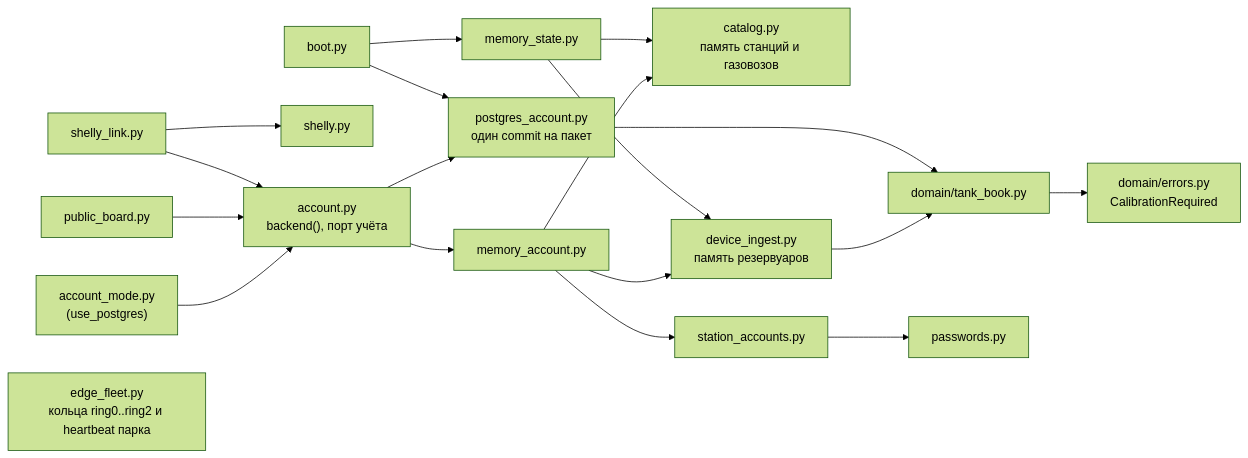
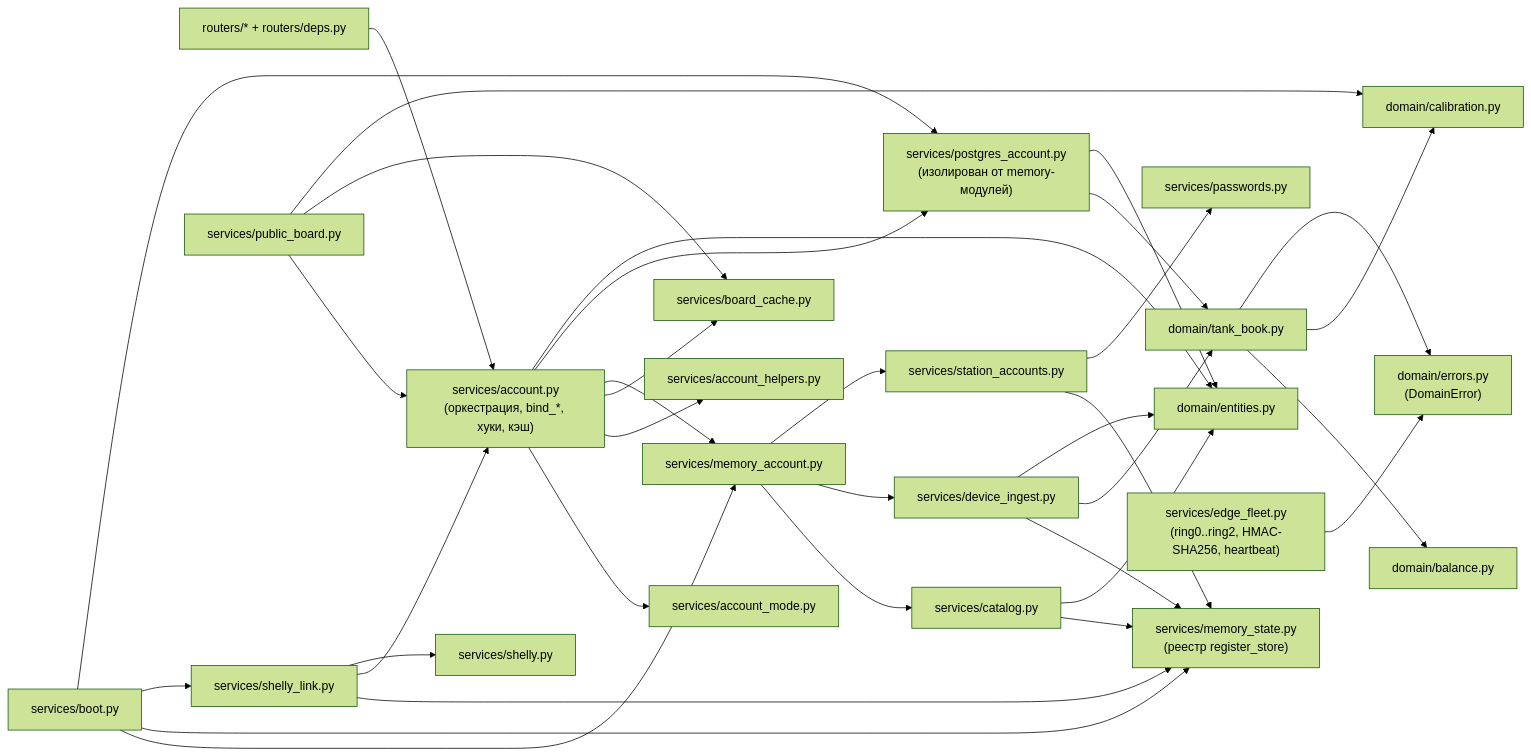
One commit to ed-baer97/day changed the second of 3 diagrams in project_graph_and_audit.md. Above: the diagram before and after it, drawn with Mermaid (forest theme). The commit also changed other lines of this file and 71 other files, not shown here.

Commit message:
feat: initial implementation of backend, frontend, and station edge services

````diff
--- a/project_graph_and_audit.md
+++ b/project_graph_and_audit.md
@@ -76,25 +78,25 @@
 ```mermaid
 flowchart LR
-    account_mode["account_mode.py\n(use_postgres)"] --> account["account.py\nbackend(), порт учёта"]
-    account --> memory_account["memory_account.py"]
-    account --> postgres_account["postgres_account.py\nодин commit на пакет"]
+    routers["routers/* + routers/deps.py"] --> account["services/account.py\n(оркестрация, bind_*, хуки, кэш)"]
+    account --> account_mode["services/account_mode.py"]
+    account --> account_helpers["services/account_helpers.py"]
+    account --> board_cache["services/board_cache.py"]
+    account --> memory_account["services/memory_account.py"]
+    account --> postgres_account["services/postgres_account.py\n(изолирован от memory-модулей)"]
 
-    memory_account --> catalog["catalog.py\nпамять станций и газовозов"]
-    memory_account --> device_ingest["device_ingest.py\nпамять резервуаров"]
-    memory_account --> station_accounts["station_accounts.py"]
+    memory_account --> catalog["services/catalog.py"]
+    memory_account --> device_ingest["services/device_ingest.py"]
+    memory_account --> station_accounts["services/station_accounts.py"]
 
-    device_ingest --> tank_book["domain/tank_book.py"]
-    postgres_account --> tank_book
-    tank_book --> errors["domain/errors.py\nCalibrationRequired"]
+    catalog & device_ingest & station_accounts & shelly_link["services/shelly_link.py"] --> memory_state["services/memory_state.py\n(реестр register_store)"]
 
-    public_board["public_board.py"] --> account
-    shelly_link["shelly_link.py"] --> account
-    shelly_link --> shelly["shelly.py"]
+    device_ingest & postgres_account --> tank_book["domain/tank_book.py"]
+    account & catalog & device_ingest & postgres_account --> entities["domain/entities.py"]
+    tank_book --> d_balance["domain/balance.py"] & d_calibration["domain/calibration.py"] & d_errors["domain/errors.py\n(DomainError)"]
 
-    boot["boot.py"] --> postgres_account
-    boot --> memory_state["memory_state.py"]
-    memory_state --> catalog
-    memory_state --> device_ingest
-    station_accounts --> passwords["passwords.py"]
-    edge_fleet["edge_fleet.py\nкольца ring0..ring2 и heartbeat парка"]
+    public_board["services/public_board.py"] --> account & board_cache & d_calibration
+    shelly_link --> account & shelly["services/shelly.py"]
+    boot["services/boot.py"] --> memory_account & memory_state & shelly_link & postgres_account
+    station_accounts --> passwords["services/passwords.py"]
+    edge_fleet["services/edge_fleet.py\n(ring0..ring2, HMAC-SHA256, heartbeat)"] --> d_errors
 ```
````
